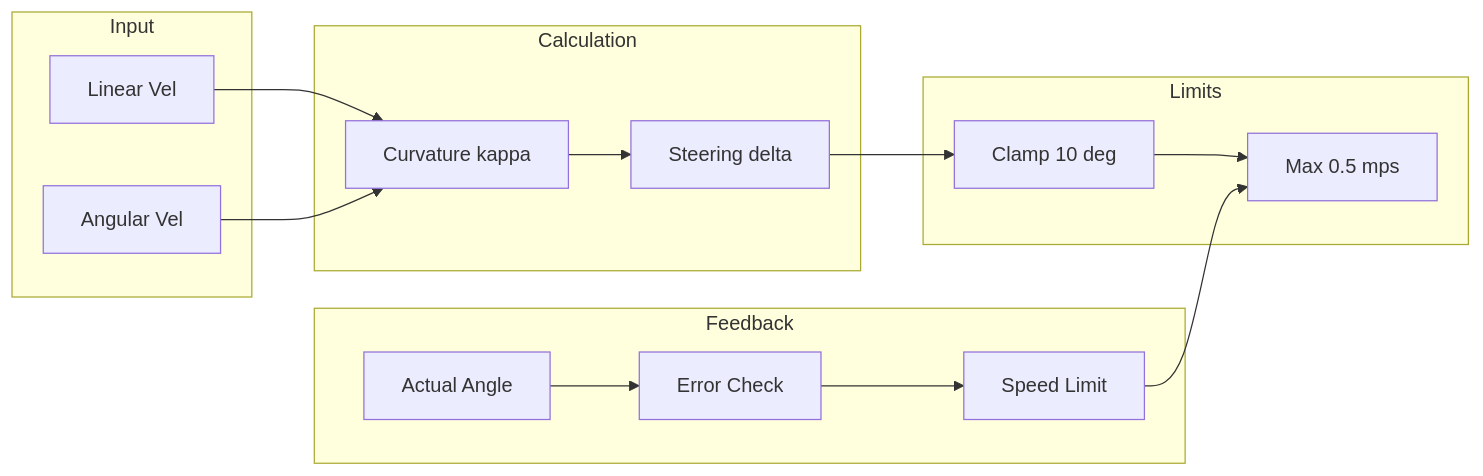
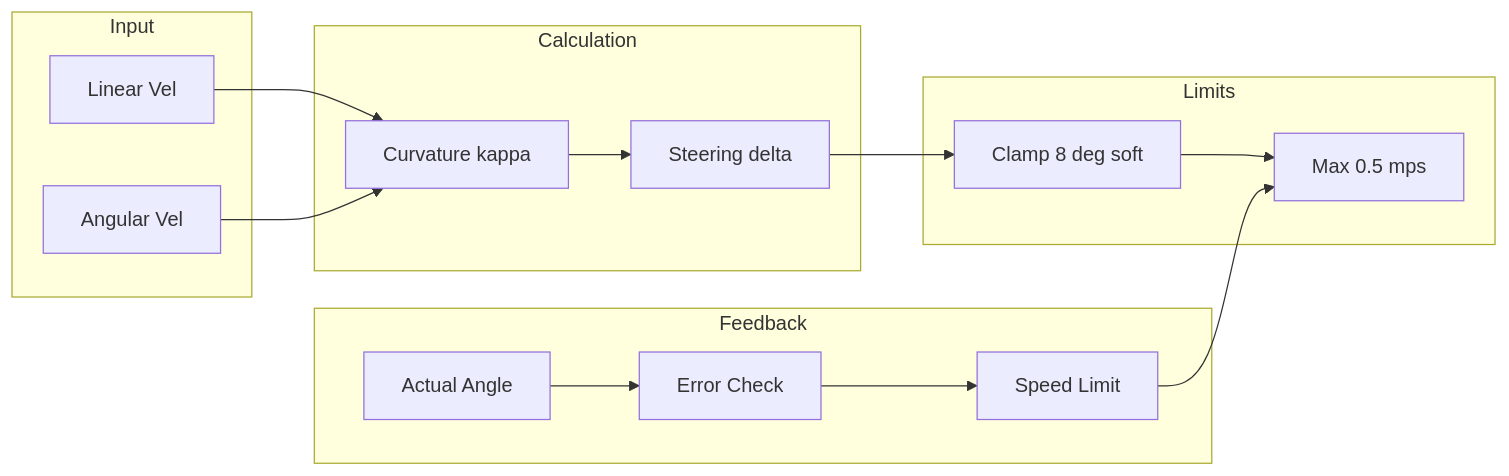
One commit to KashmeeraTT/Ackerman_UGV changed diagram 12 of 13 in SYSTEM_DOCUMENTATION.md. Above: the diagram before and after it, drawn with Mermaid. The commit also changed other lines of this file and 11 other files, not shown here.

Commit message:
feat: Implement dynamic steering calibration, refactor controller architecture by removing old headers, and adjust firmware publishing rates.

````diff
--- a/SYSTEM_DOCUMENTATION.md
+++ b/SYSTEM_DOCUMENTATION.md
@@ -563,32 +593,32 @@
 ```mermaid
 graph LR
     subgraph Input[Input]
         V[Linear Vel]
         W[Angular Vel]
     end
     
     subgraph Calc[Calculation]
         K[Curvature kappa]
         D[Steering delta]
     end
     
     subgraph Limits[Limits]
-        CLAMP[Clamp 10 deg]
+        CLAMP[Clamp 8 deg soft]
         VMAX[Max 0.5 mps]
     end
     
     subgraph Feedback[Feedback]
         SA[Actual Angle]
         ERR[Error Check]
         SLOW[Speed Limit]
     end
     
     V --> K
     W --> K
     K --> D
     D --> CLAMP
     CLAMP --> VMAX
     SA --> ERR
     ERR --> SLOW
     SLOW --> VMAX
 ```
````
